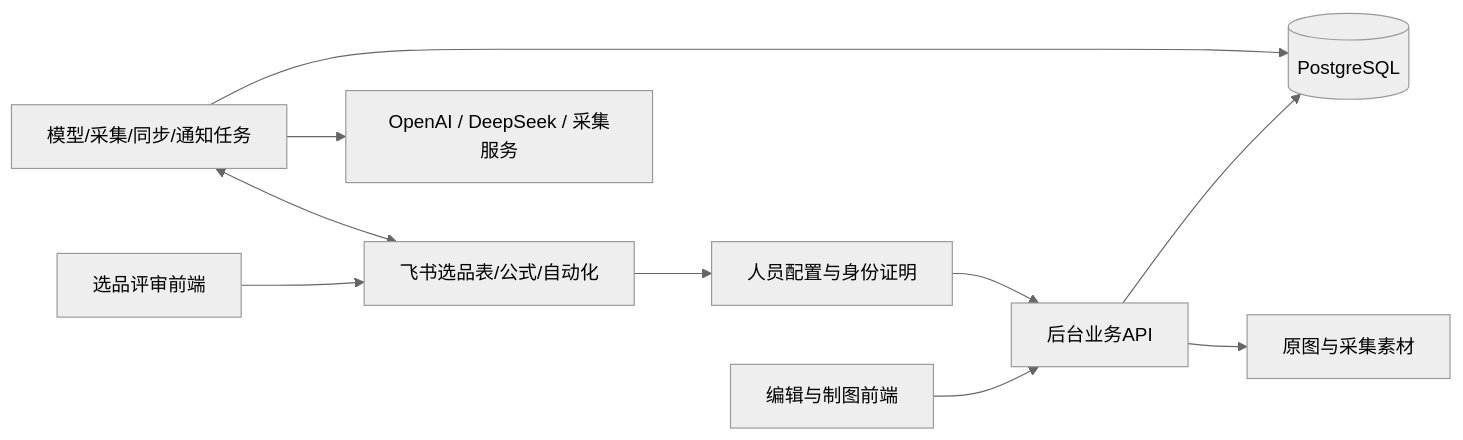
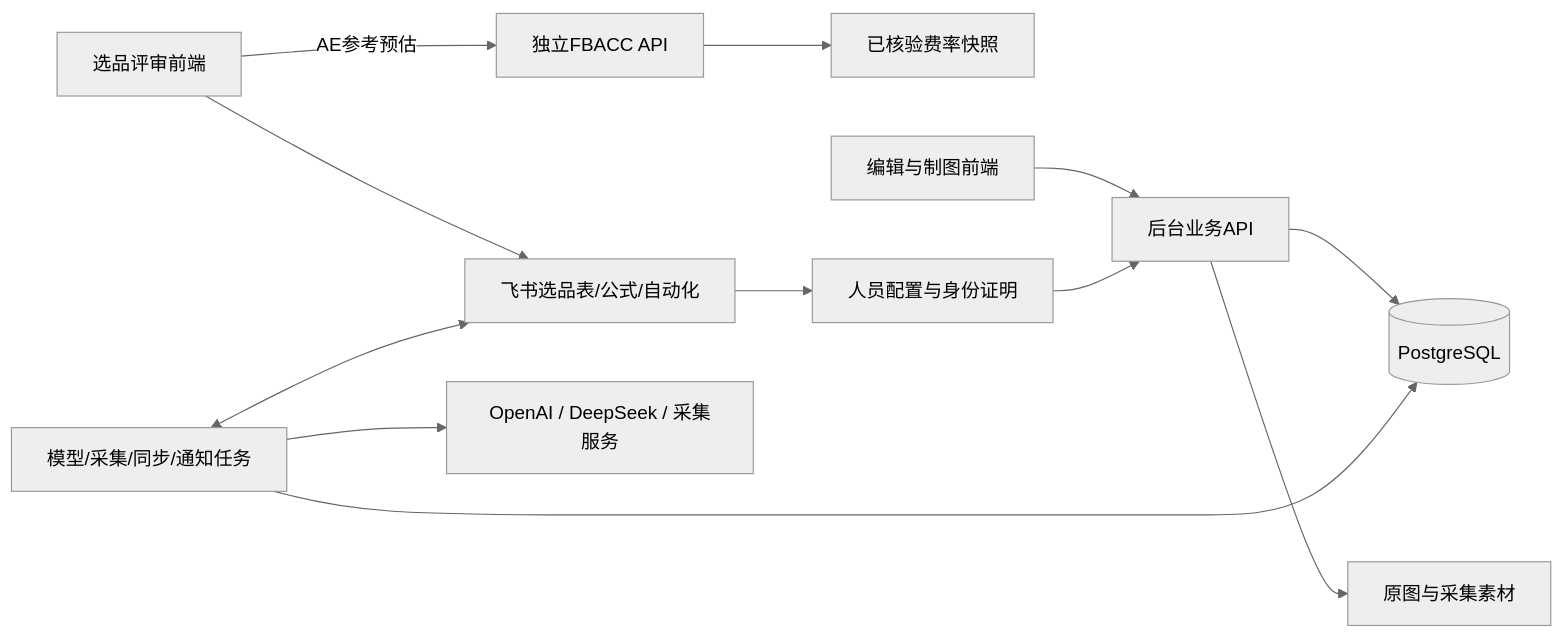
One commit to wrangler1024/amazon-sku-workbench changed the diagram in docs/architecture.md. Above: the diagram before and after it, drawn with Mermaid (neutral theme). The commit also changed other lines of this file and 26 other files, not shown here.

````diff
--- a/docs/architecture.md
+++ b/docs/architecture.md
@@ -15,12 +16,14 @@
 ```mermaid
 flowchart LR
   Review[选品评审前端] --> Base[飞书选品表/公式/自动化]
+  Review -->|AE参考预估| FBACC[独立FBACC API]
+  FBACC --> Rates[已核验费率快照]
   Editor[编辑与制图前端] --> API[后台业务API]
   API --> DB[(PostgreSQL)]
   API --> Assets[原图与采集素材]
   Workers[模型/采集/同步/通知任务] --> DB
   Workers --> Providers[OpenAI / DeepSeek / 采集服务]
   Workers <--> Base
   Base --> Identity[人员配置与身份证明]
   Identity --> API
 ```
````
